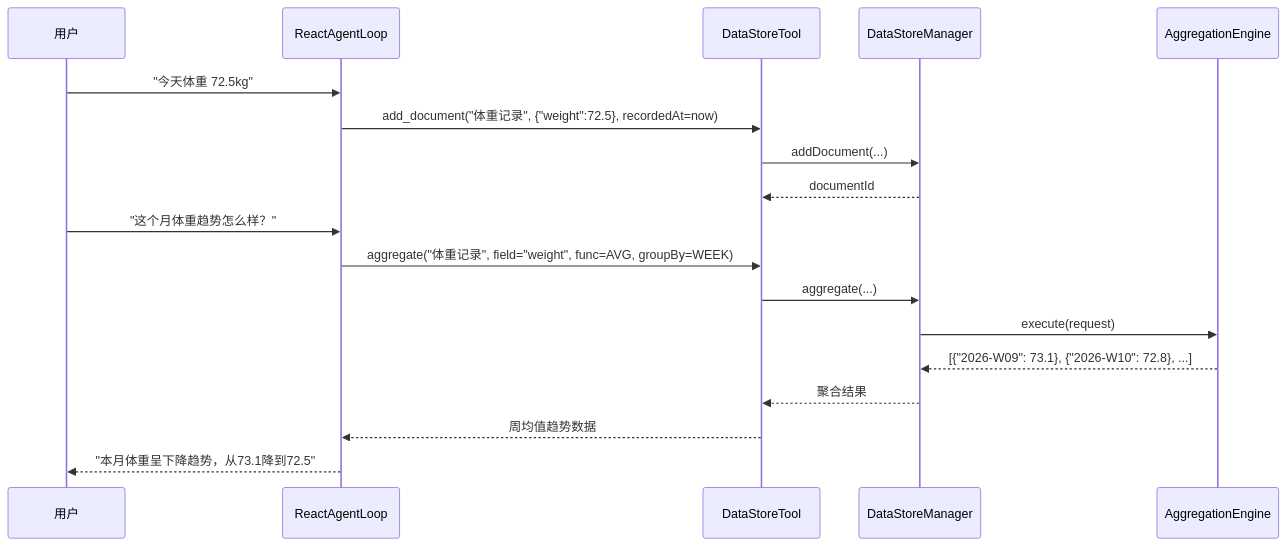
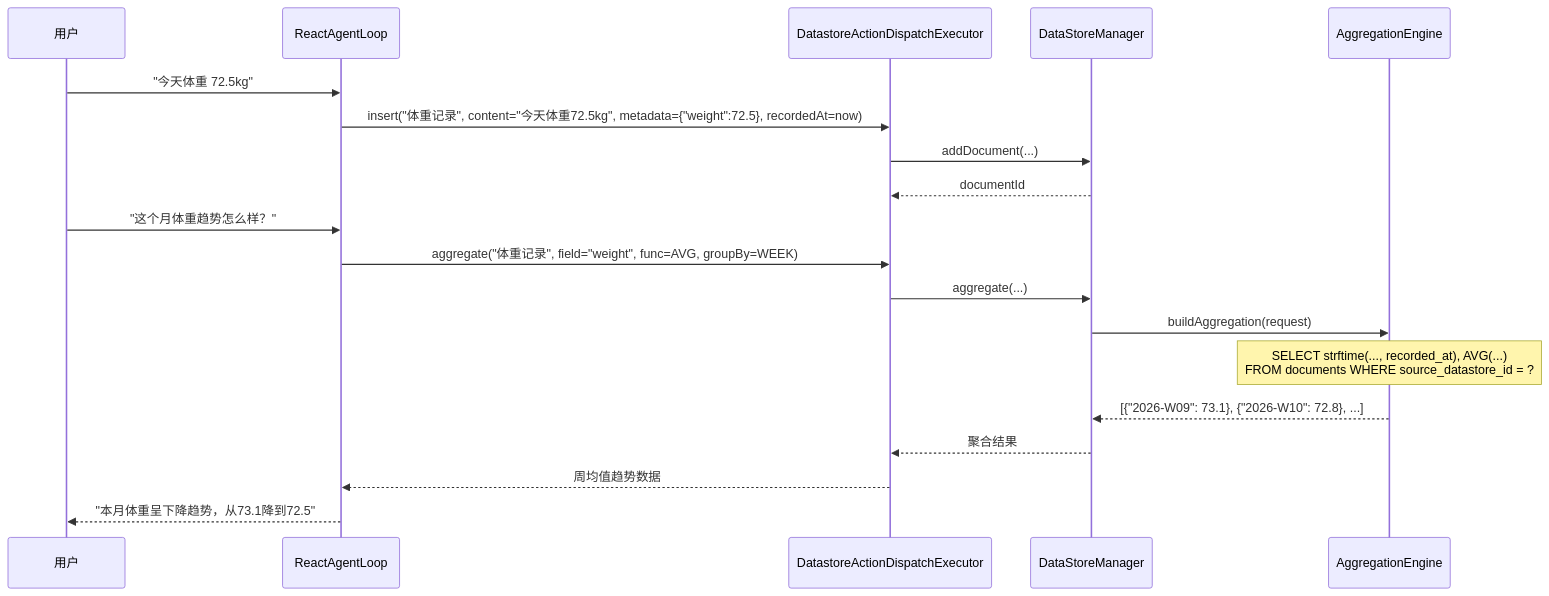
The third of 3 diagrams in docs/architecture/generic-data-store.md (ntygod/LifePilot), drawn with Mermaid before and after one commit. The commit also changed other lines of this file and 62 other files, not shown here.

````diff
--- a/docs/architecture/generic-data-store.md
+++ b/docs/architecture/generic-data-store.md
@@ -358,22 +347,23 @@
 ```mermaid
 sequenceDiagram
     participant U as 用户
     participant AL as ReactAgentLoop
-    participant DST as DataStoreTool
+    participant DST as DatastoreActionDispatchExecutor
     participant DSM as DataStoreManager
     participant AGG as AggregationEngine
 
     U->>AL: "今天体重 72.5kg"
-    AL->>DST: add_document("体重记录", {"weight":72.5}, recordedAt=now)
+    AL->>DST: insert("体重记录", content="今天体重72.5kg", metadata={"weight":72.5}, recordedAt=now)
     DST->>DSM: addDocument(...)
     DSM-->>DST: documentId
 
     U->>AL: "这个月体重趋势怎么样？"
     AL->>DST: aggregate("体重记录", field="weight", func=AVG, groupBy=WEEK)
     DST->>DSM: aggregate(...)
-    DSM->>AGG: execute(request)
+    DSM->>AGG: buildAggregation(request)
+    Note over AGG: SELECT strftime(..., recorded_at), AVG(...)<br/>FROM documents WHERE source_datastore_id = ?
     AGG-->>DSM: [{"2026-W09": 73.1}, {"2026-W10": 72.8}, ...]
     DSM-->>DST: 聚合结果
     DST-->>AL: 周均值趋势数据
     AL-->>U: "本月体重呈下降趋势，从73.1降到72.5"
 ```
````
